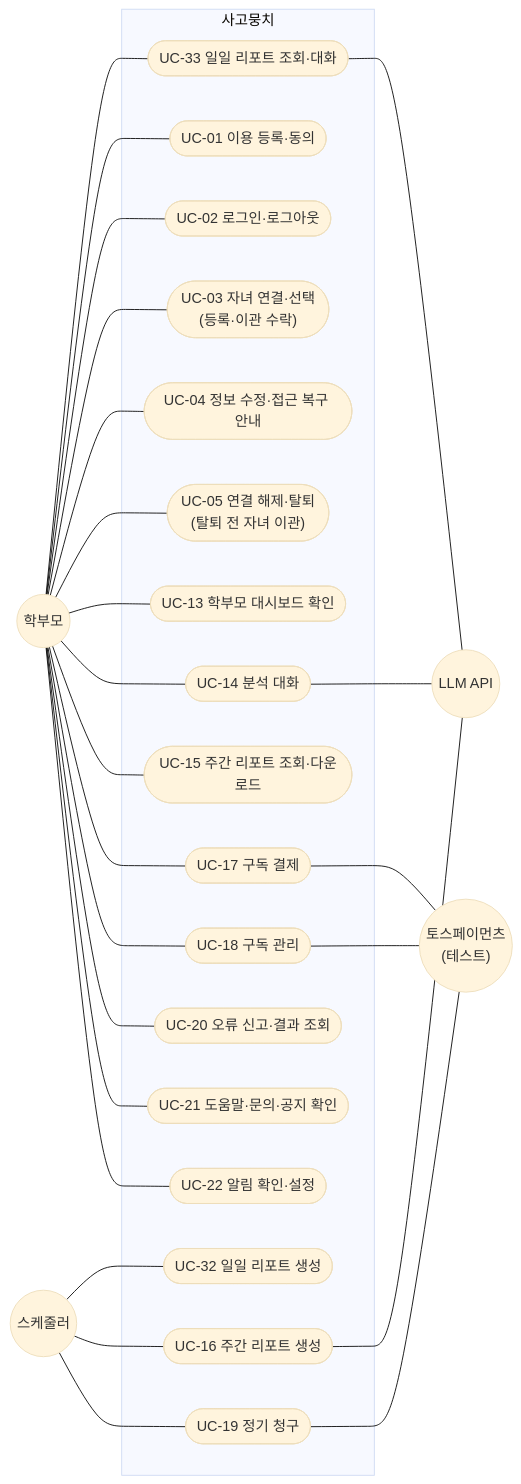
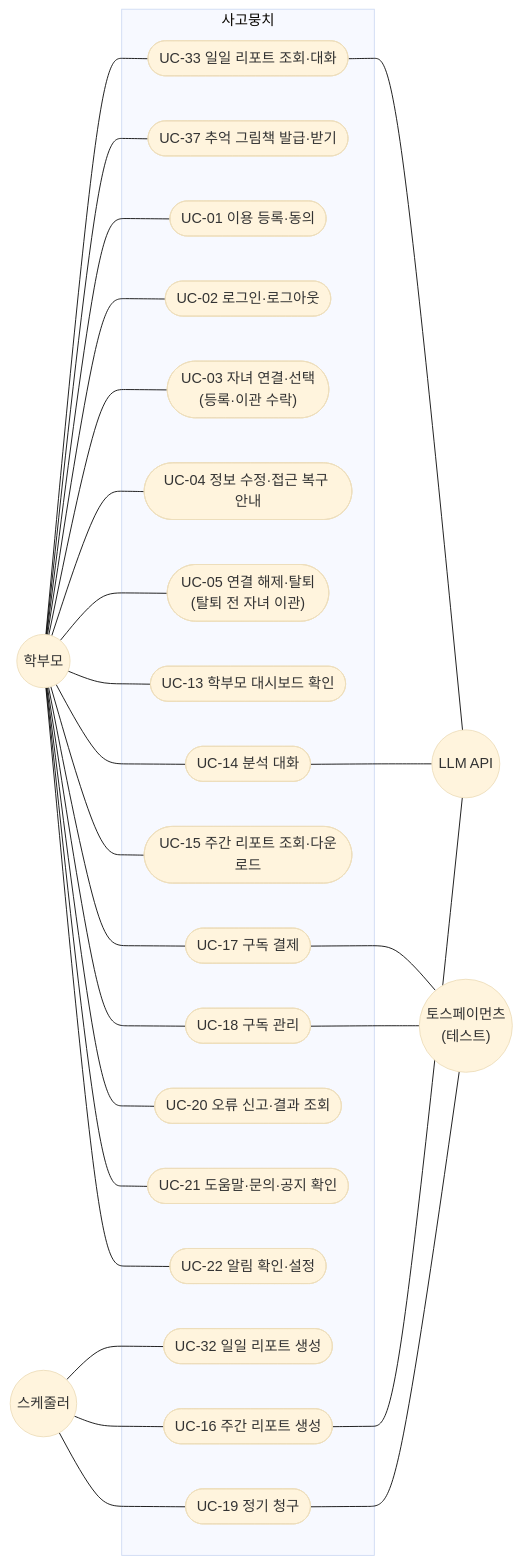
The third of 5 diagrams in docs/design/usecase.md (SKNETWORKS-FAMILY-AICAMP/SKN34-FINAL-3TEAM), drawn with Mermaid (base theme) before and after one commit. The commit also changed other lines of this file and 66 other files, not shown here.

````diff
--- a/docs/design/usecase.md
+++ b/docs/design/usecase.md
@@ -118,52 +118,54 @@
 ```mermaid
 flowchart LR
   PAR(("학부모"))
   SCH(("스케줄러"))
   LLM(("LLM API"))
   PG(("토스페이먼츠<br/>(테스트)"))
 
   subgraph SYS["사고뭉치"]
     UC01(["UC-01 이용 등록·동의"])
     UC02(["UC-02 로그인·로그아웃"])
     UC03(["UC-03 자녀 연결·선택<br/>(등록·이관 수락)"])
     UC04(["UC-04 정보 수정·접근 복구 안내"])
     UC05(["UC-05 연결 해제·탈퇴<br/>(탈퇴 전 자녀 이관)"])
     UC13(["UC-13 학부모 대시보드 확인"])
     UC14(["UC-14 분석 대화"])
     UC15(["UC-15 주간 리포트 조회·다운로드"])
     UC16(["UC-16 주간 리포트 생성"])
     UC17(["UC-17 구독 결제"])
     UC18(["UC-18 구독 관리"])
     UC19(["UC-19 정기 청구"])
     UC20(["UC-20 오류 신고·결과 조회"])
     UC21(["UC-21 도움말·문의·공지 확인"])
     UC22(["UC-22 알림 확인·설정"])
     UC32(["UC-32 일일 리포트 생성"])
     UC33(["UC-33 일일 리포트 조회·대화"])
+    UC37(["UC-37 추억 그림책 발급·받기"])
   end
 
   PAR --- UC33
+  PAR --- UC37
   SCH --- UC32
   UC33 --- LLM
 
   PAR --- UC01
   PAR --- UC02
   PAR --- UC03
   PAR --- UC04
   PAR --- UC05
   PAR --- UC13
   PAR --- UC14
   PAR --- UC15
   PAR --- UC17
   PAR --- UC18
   PAR --- UC20
   PAR --- UC21
   PAR --- UC22
   SCH --- UC16
   SCH --- UC19
   UC14 --- LLM
   UC16 --- LLM
   UC17 --- PG
   UC18 --- PG
   UC19 --- PG
 ```
````
